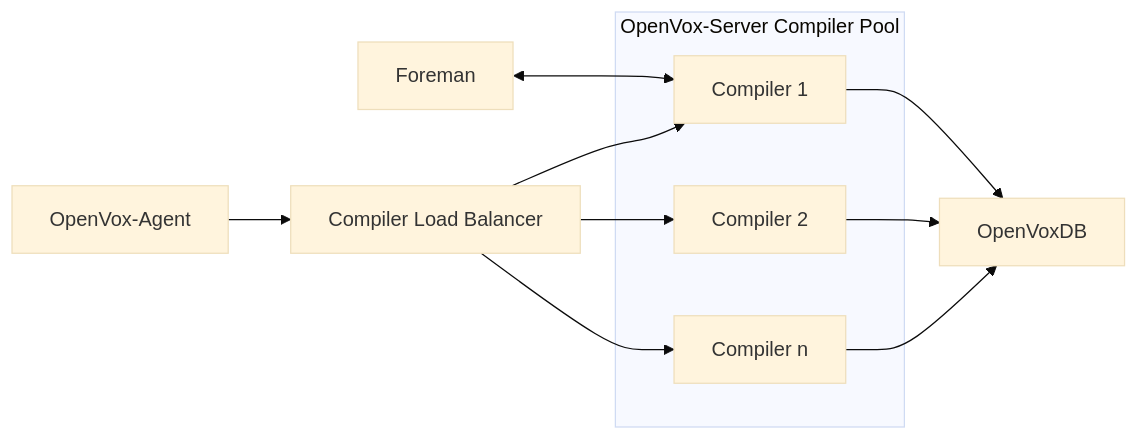
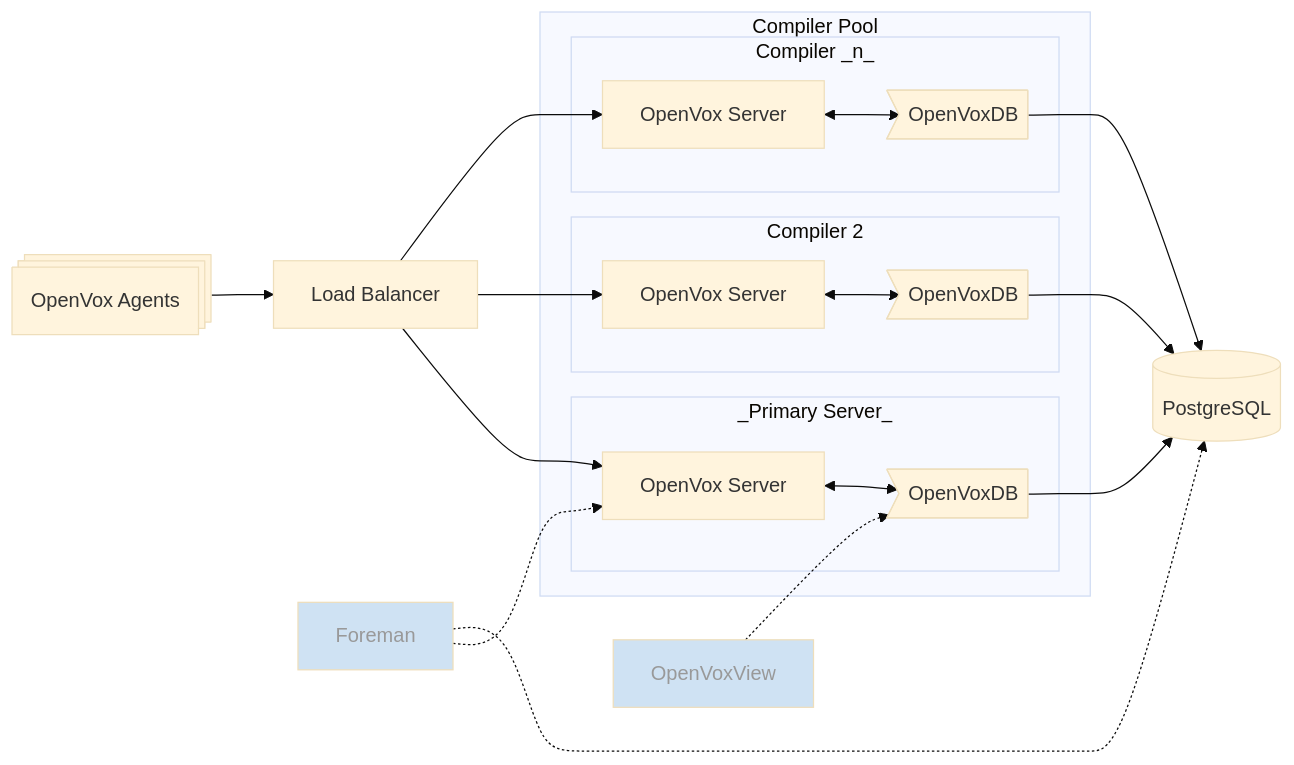
Before and after one commit to binford2k/overlookinfratech-openvox_platform: the second of 3 diagrams in README.md, drawn with Mermaid (base theme). The commit also changed other lines of this file, not shown here.

````diff
--- a/README.md
+++ b/README.md
@@ -116,29 +135,40 @@
 ```mermaid
-%% OpenVox Agent Flow to Compiler Pool, DB Pool, and Patroni
 graph LR
-%% Agents
-OVAgent[OpenVox-Agent]
+OVAgent@{ shape: processes, label: "OpenVox Agents" }
 
 %% Load Balancer in front of Compiler Pool
-LB1[Compiler Load Balancer]
+LB1[Load Balancer]
 
-Foreman <--> Compiler1
-subgraph CompilerPool[OpenVox-Server Compiler Pool]
-    Compiler1[Compiler 1]
-    Compiler2[Compiler 2]
-    Compiler3[Compiler n]
+subgraph CompilerPool[Compiler Pool]
+    subgraph Compiler1[_Primary Server_]
+      OVServer1[OpenVox Server] <--> OpenVoxDB1>OpenVoxDB]
+    end
+    subgraph Compiler2[Compiler 2]
+      OVServer2[OpenVox Server] <--> OpenVoxDB2>OpenVoxDB]
+    end
+    subgraph Compilern[Compiler _n_]
+      OVServern[OpenVox Server] <--> OpenVoxDBn>OpenVoxDB]
+    end
 end
 
-%% Load Balancer in front of DB Pool
-OpenVoxDB[OpenVoxDB]
+PostgreSQL[(PostgreSQL)]
 
 %% Connections
 OVAgent --> LB1
-LB1 --> Compiler1
-LB1 --> Compiler2
-LB1 --> Compiler3
+LB1 --> OVServer1
+LB1 --> OVServer2
+LB1 --> OVServern
 
-Compiler1 --> OpenVoxDB
-Compiler2 --> OpenVoxDB
-Compiler3 --> OpenVoxDB
+Foreman -.-> OVServer1
+Foreman -.-> PostgreSQL
+
+OpenVoxView  -.-> OpenVoxDB1
+
+OpenVoxDB1 --> PostgreSQL
+OpenVoxDB2 --> PostgreSQL
+OpenVoxDBn --> PostgreSQL
+
+%% styling
+classDef optional fill:#cfe2f3,color:#999
+class Foreman,OpenVoxView optional
 ```
````
